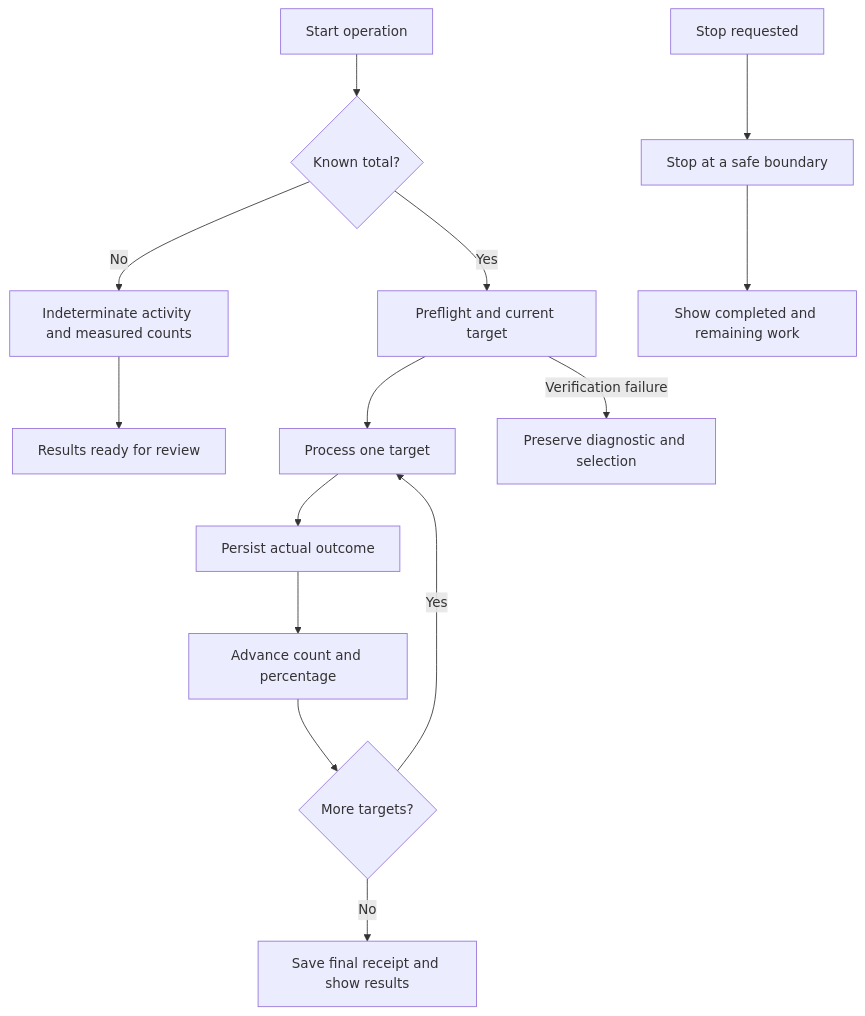
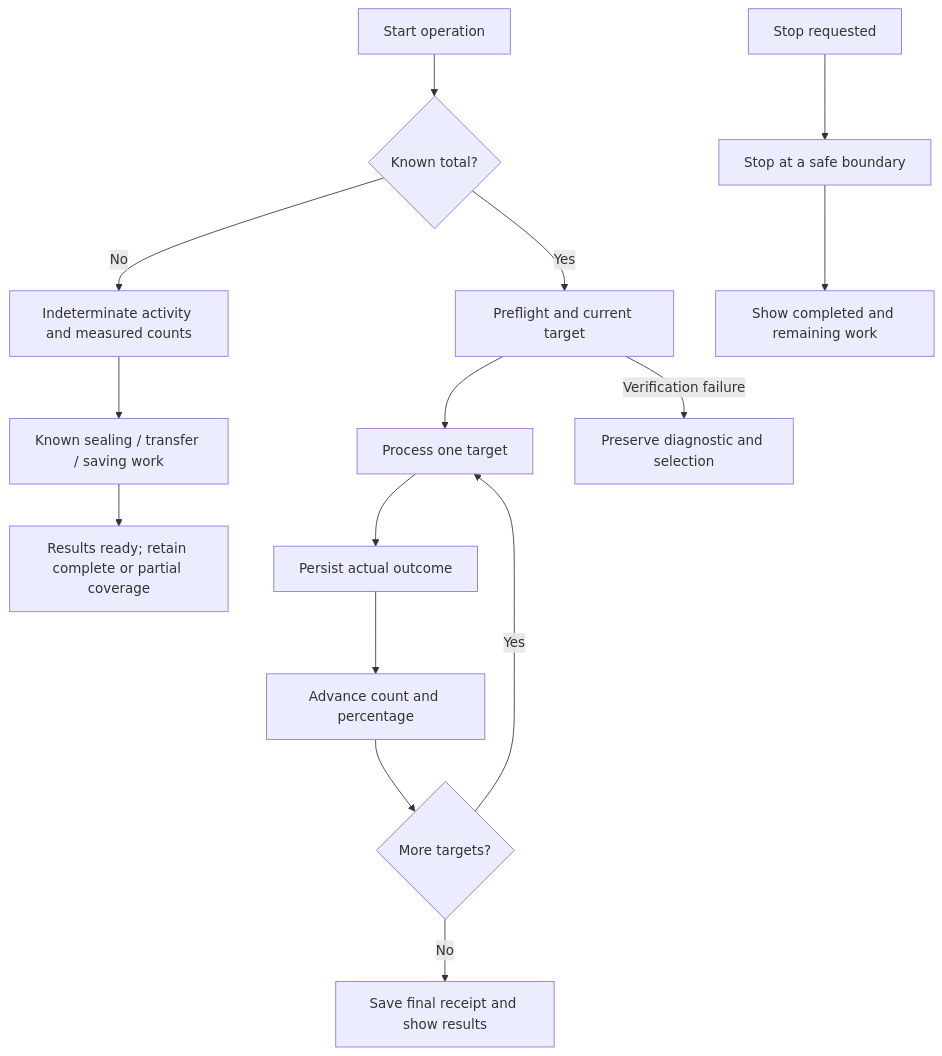
Before and after one commit to limecloud/shou: the second of 3 diagrams in docs/product/operation-progress.md, drawn with Mermaid. The commit also changed other lines of this file and 86 other files, not shown here.

````diff
--- a/docs/product/operation-progress.md
+++ b/docs/product/operation-progress.md
@@ -44,16 +48,17 @@
 ```mermaid
 flowchart TD
   Start[Start operation] --> Known{Known total?}
   Known -->|No| Discover[Indeterminate activity and measured counts]
-  Discover --> Ready[Results ready for review]
+  Discover --> Stage[Known sealing / transfer / saving work]
+  Stage --> Ready[Results ready; retain complete or partial coverage]
   Known -->|Yes| Check[Preflight and current target]
   Check --> Work[Process one target]
   Work --> Save[Persist actual outcome]
   Save --> Count[Advance count and percentage]
   Count --> More{More targets?}
   More -->|Yes| Work
   More -->|No| Finish[Save final receipt and show results]
   Stop[Stop requested] --> Boundary[Stop at a safe boundary]
   Boundary --> Partial[Show completed and remaining work]
   Check -->|Verification failure| Error[Preserve diagnostic and selection]
 ```
````
